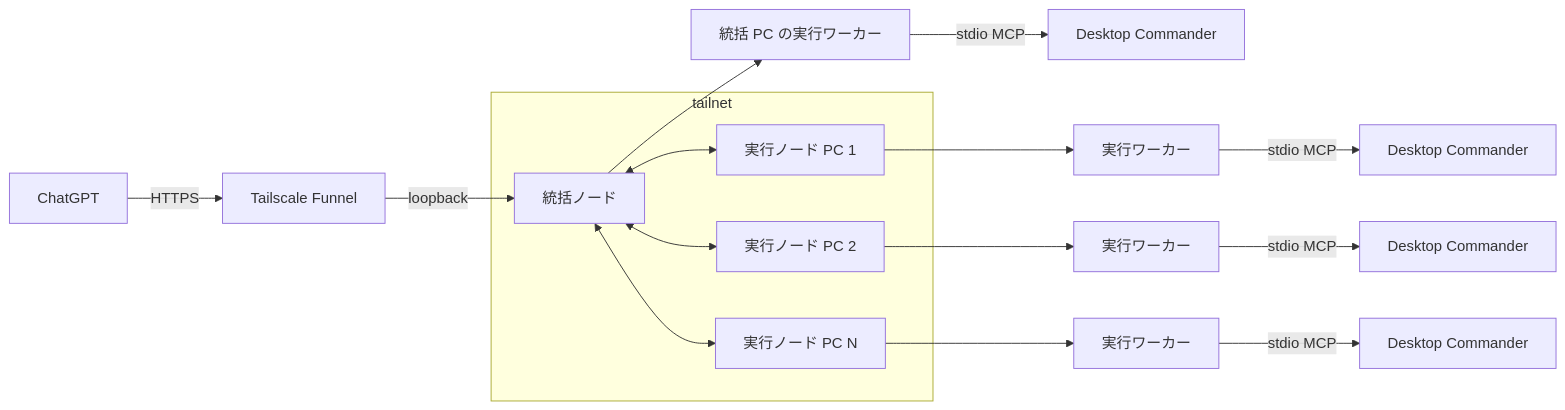
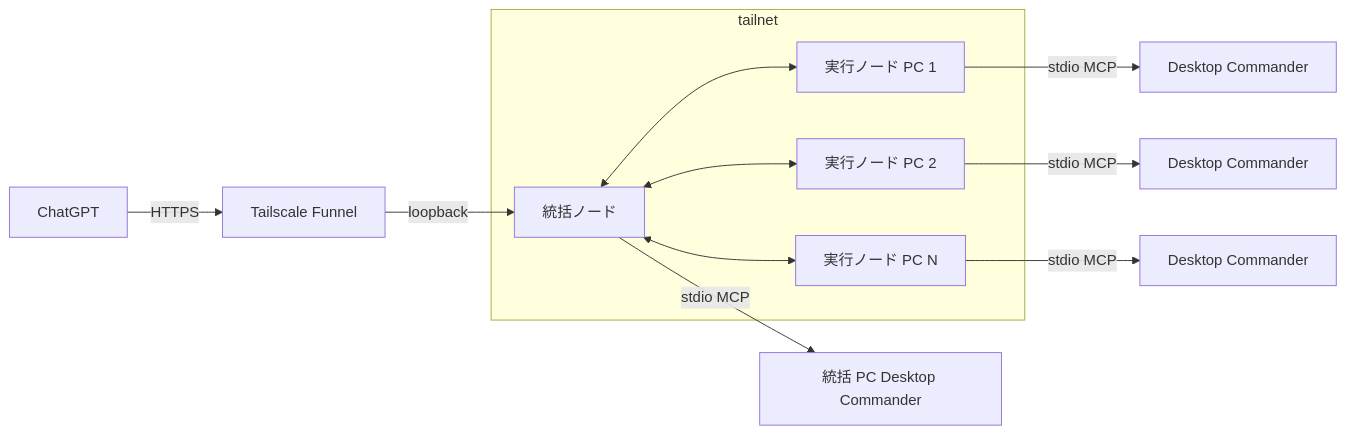
One commit to ssaattww/RemoteDesktopMCP changed the first of 2 diagrams in doc/design/multi-pc-architecture.md. Above: the diagram before and after it, drawn with Mermaid. The commit also changed other lines of this file and 7 other files, not shown here.

````diff
--- a/doc/design/multi-pc-architecture.md
+++ b/doc/design/multi-pc-architecture.md
@@ -41,17 +41,16 @@
 ```mermaid
 flowchart LR
     ChatGPT[ChatGPT] -->|HTTPS| Funnel[Tailscale Funnel]
     Funnel -->|loopback| C[統括ノード]
-    C --> CA[統括 PC の実行ワーカー]
-    CA -->|stdio MCP| CD[Desktop Commander]
+    C -->|stdio MCP| CD[統括 PC Desktop Commander]
 
     subgraph Tailnet[tailnet]
         C <--> P1[実行ノード PC 1]
         C <--> P2[実行ノード PC 2]
         C <--> PN[実行ノード PC N]
     end
 
-    P1 --> P1A[実行ワーカー] -->|stdio MCP| P1D[Desktop Commander]
-    P2 --> P2A[実行ワーカー] -->|stdio MCP| P2D[Desktop Commander]
-    PN --> PNA[実行ワーカー] -->|stdio MCP| PND[Desktop Commander]
+    P1 -->|stdio MCP| P1D[Desktop Commander]
+    P2 -->|stdio MCP| P2D[Desktop Commander]
+    PN -->|stdio MCP| PND[Desktop Commander]
 ```
````
